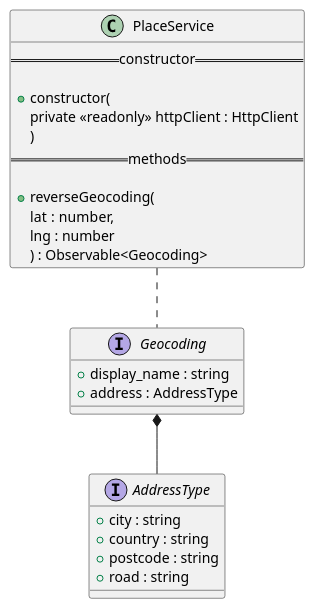
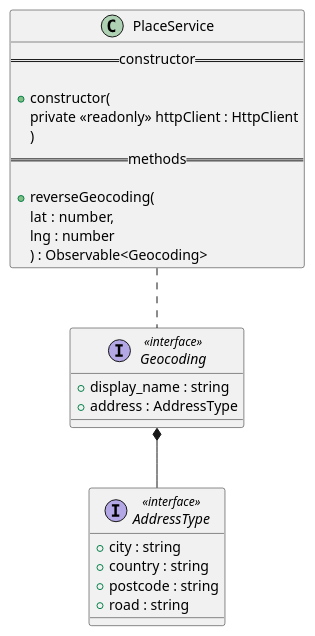
The diagram in docs/diagrams/services/placeservice.pu (GruppOne/stalker-web-app), drawn with PlantUML before and after one commit. The commit also changed 10 other files, not shown here.

```diff
--- a/docs/diagrams/services/placeservice.pu
+++ b/docs/diagrams/services/placeservice.pu
@@ -1,31 +1,31 @@
 @startuml PlaceService
 
-interface Geocoding {
+interface Geocoding <<interface>> {
   + display_name : string
   + address : AddressType
 }
 
-interface AddressType {
+interface AddressType <<interface>> {
   + city : string
   + country : string
   + postcode : string
   + road : string
 }
 
 class PlaceService {
   == constructor ==
 
   + constructor(
     private <<readonly>> httpClient : HttpClient
     )
   == methods ==
 
   + reverseGeocoding(
     lat : number,
     lng : number
     ) : Observable<Geocoding>
 }
 
 Geocoding *-- AddressType
 PlaceService .. Geocoding
 @enduml
```
